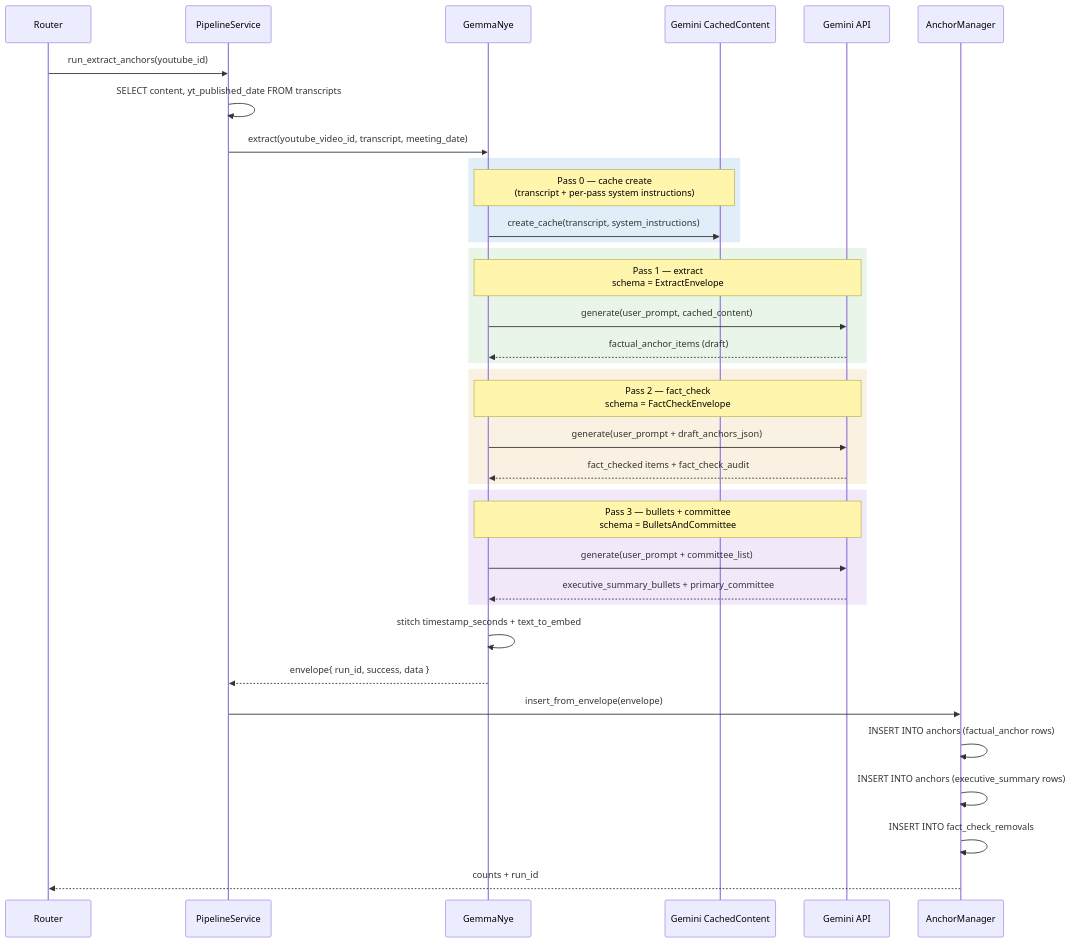
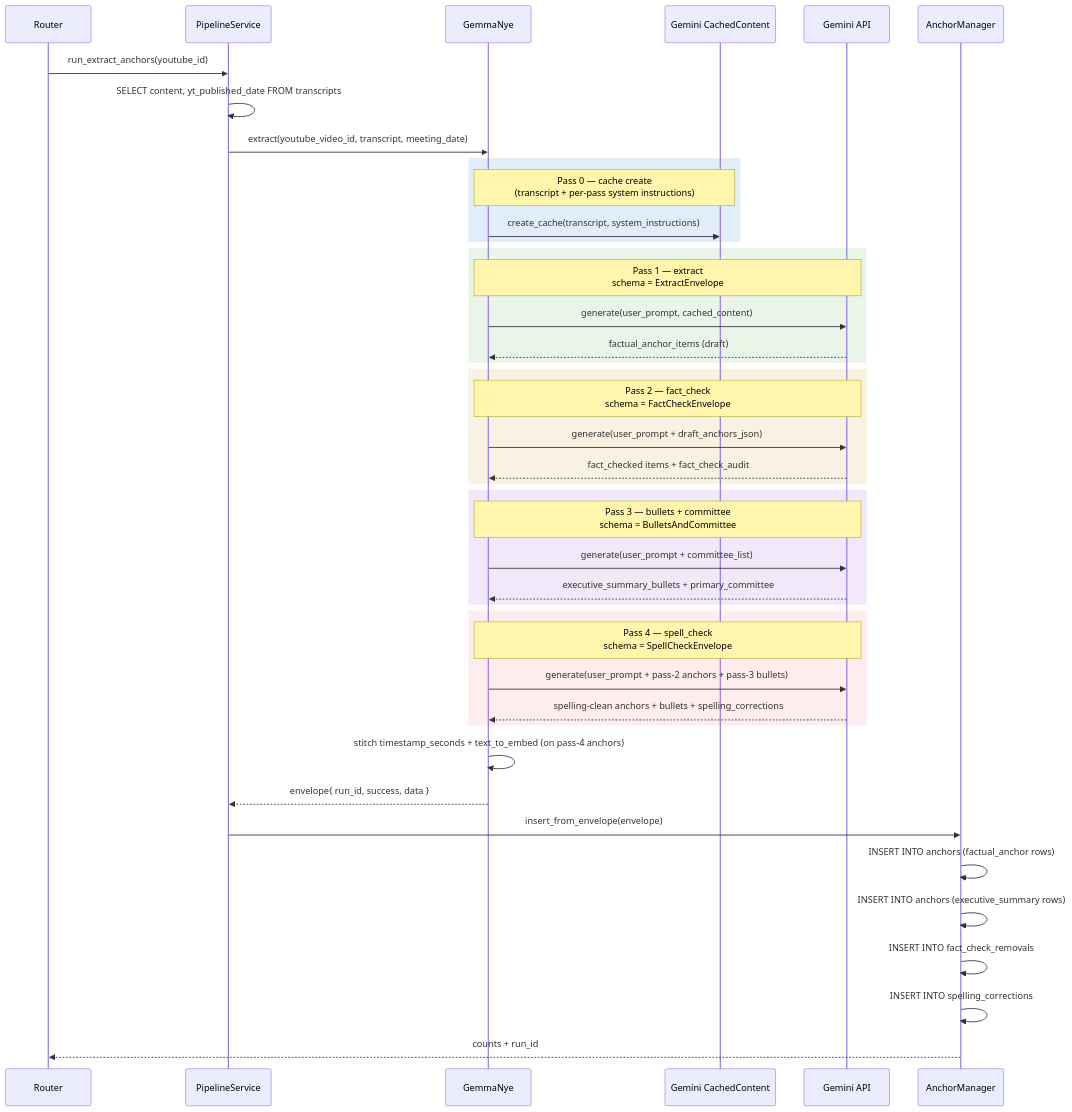
One commit to liquidloose/fall-river-mirror changed the fourth of 5 diagrams in docs/pipeline-visualization.md. Above: the diagram before and after it, drawn with Mermaid. The commit also changed other lines of this file and 33 other files, not shown here.

First line of the commit message:
Refactor extraction pipeline and consolidate spell-check flow

````diff
--- a/docs/pipeline-visualization.md
+++ b/docs/pipeline-visualization.md
@@ -148,44 +152,51 @@
 ```mermaid
 sequenceDiagram
   participant R as Router
   participant PS as PipelineService
   participant G as GemmaNye
   participant CC as Gemini CachedContent
   participant API as Gemini API
   participant AM as AnchorManager
 
   R->>PS: run_extract_anchors(youtube_id)
   PS->>PS: SELECT content, yt_published_date FROM transcripts
   PS->>G: extract(youtube_video_id, transcript, meeting_date)
 
   rect rgba(180,210,240,0.4)
     Note over G,CC: Pass 0 — cache create<br/>(transcript + per-pass system instructions)
     G->>CC: create_cache(transcript, system_instructions)
   end
 
   rect rgba(200,230,200,0.4)
     Note over G,API: Pass 1 — extract<br/>schema = ExtractEnvelope
     G->>API: generate(user_prompt, cached_content)
     API-->>G: factual_anchor_items (draft)
   end
 
   rect rgba(240,220,180,0.4)
     Note over G,API: Pass 2 — fact_check<br/>schema = FactCheckEnvelope
     G->>API: generate(user_prompt + draft_anchors_json)
     API-->>G: fact_checked items + fact_check_audit
   end
 
   rect rgba(220,200,240,0.4)
     Note over G,API: Pass 3 — bullets + committee<br/>schema = BulletsAndCommittee
     G->>API: generate(user_prompt + committee_list)
     API-->>G: executive_summary_bullets + primary_committee
   end
 
-  G->>G: stitch timestamp_seconds + text_to_embed
+  rect rgba(255,210,210,0.4)
+    Note over G,API: Pass 4 — spell_check<br/>schema = SpellCheckEnvelope
+    G->>API: generate(user_prompt + pass-2 anchors + pass-3 bullets)
+    API-->>G: spelling-clean anchors + bullets + spelling_corrections
+  end
+
+  G->>G: stitch timestamp_seconds + text_to_embed (on pass-4 anchors)
   G-->>PS: envelope{ run_id, success, data }
   PS->>AM: insert_from_envelope(envelope)
   AM->>AM: INSERT INTO anchors (factual_anchor rows)
   AM->>AM: INSERT INTO anchors (executive_summary rows)
   AM->>AM: INSERT INTO fact_check_removals
+  AM->>AM: INSERT INTO spelling_corrections
   AM-->>R: counts + run_id
 ```
````
